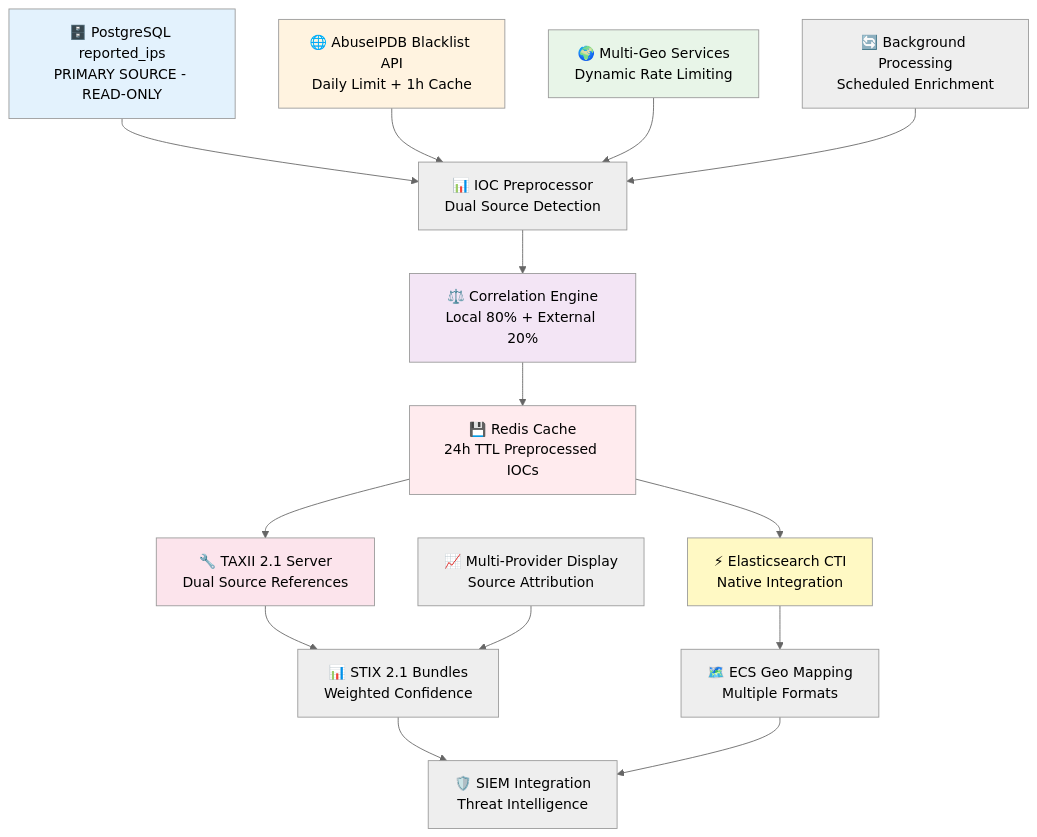
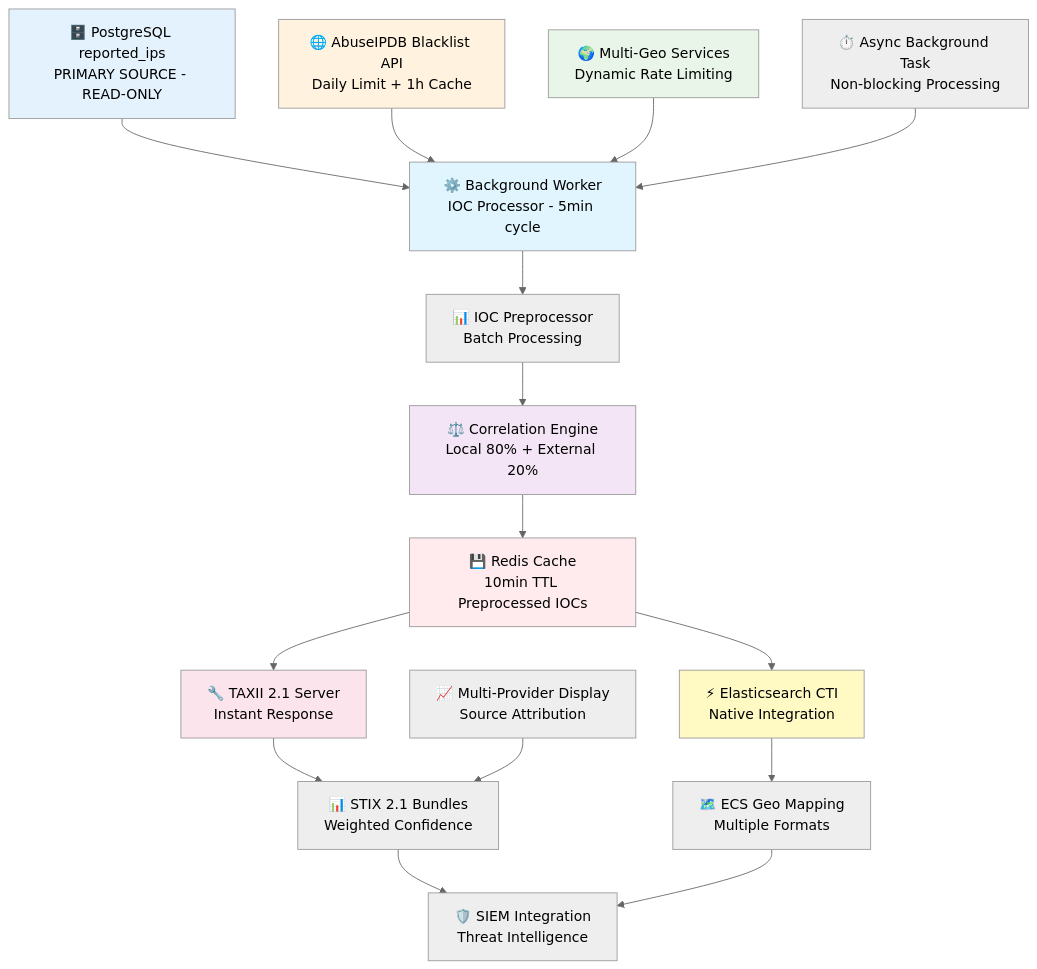
One commit to JuanVilla424/abuseipdb-ioc changed the diagram in README.md. Above: the diagram before and after it, drawn with Mermaid (neutral theme). The commit also changed other lines of this file and 5 other files, not shown here.

````diff
--- a/README.md
+++ b/README.md
@@ -99,29 +99,31 @@
 ```mermaid
 graph TB
-    A[🗄️ PostgreSQL reported_ips<br/>PRIMARY SOURCE - READ-ONLY] --> B[📊 IOC Preprocessor<br/>Dual Source Detection]
-    C[🌐 AbuseIPDB Blacklist API<br/>Daily Limit + 1h Cache] --> B
-    D[🌍 Multi-Geo Services<br/>Dynamic Rate Limiting] --> B
+    A[🗄️ PostgreSQL reported_ips<br/>PRIMARY SOURCE - READ-ONLY] --> W[⚙️ Background Worker<br/>IOC Processor - 5min cycle]
+    C[🌐 AbuseIPDB Blacklist API<br/>Daily Limit + 1h Cache] --> W
+    D[🌍 Multi-Geo Services<br/>Dynamic Rate Limiting] --> W
 
+    W --> B[📊 IOC Preprocessor<br/>Batch Processing]
     B --> E[⚖️ Correlation Engine<br/>Local 80% + External 20%]
-    E --> F[💾 Redis Cache<br/>24h TTL Preprocessed IOCs]
+    E --> F[💾 Redis Cache<br/>10min TTL Preprocessed IOCs]
 
-    F --> G[🔧 TAXII 2.1 Server<br/>Dual Source References]
+    F --> G[🔧 TAXII 2.1 Server<br/>Instant Response]
     F --> H[⚡ Elasticsearch CTI<br/>Native Integration]
 
     G --> I[📊 STIX 2.1 Bundles<br/>Weighted Confidence]
     H --> J[🗺️ ECS Geo Mapping<br/>Multiple Formats]
 
     I --> K[🛡️ SIEM Integration<br/>Threat Intelligence]
     J --> K
 
-    L[🔄 Background Processing<br/>Scheduled Enrichment] --> B
-    M[📈 Multi-Provider Display<br/>Source Attribution] --> I
+    L[📈 Multi-Provider Display<br/>Source Attribution] --> I
+    N[⏱️ Async Background Task<br/>Non-blocking Processing] --> W
 
     style A fill:#e3f2fd
     style C fill:#fff3e0
     style D fill:#e8f5e8
     style E fill:#f3e5f5
     style F fill:#ffebee
     style G fill:#fce4ec
     style H fill:#fff9c4
+    style W fill:#e1f5fe
 ```
````
